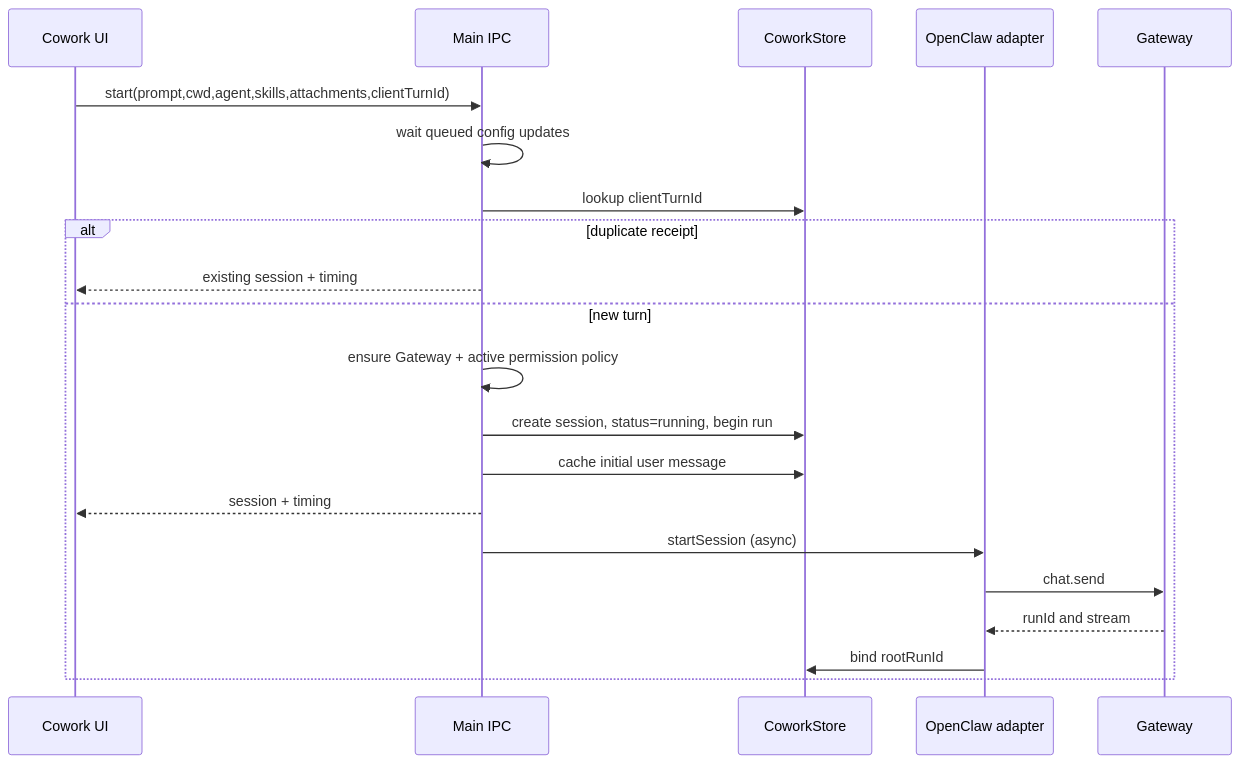
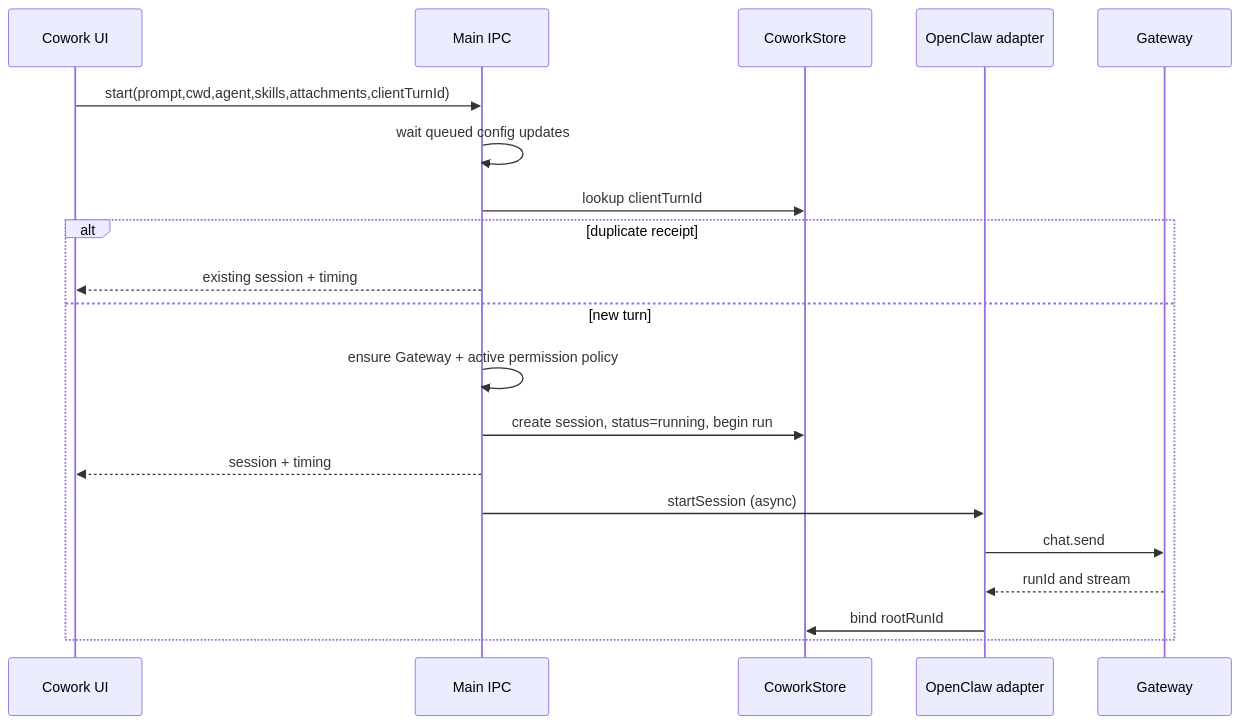
One commit to liangxhao/JustDo changed the first of 2 diagrams in docs/architecture/04-cowork-system.md. Above: the diagram before and after it, drawn with Mermaid. The commit also changed other lines of this file and 93 other files, not shown here.

````diff
--- a/docs/architecture/04-cowork-system.md
+++ b/docs/architecture/04-cowork-system.md
@@ -49,23 +49,22 @@
 ```mermaid
 sequenceDiagram
   participant UI as Cowork UI
   participant IPC as Main IPC
   participant DB as CoworkStore
   participant RT as OpenClaw adapter
   participant GW as Gateway
   UI->>IPC: start(prompt,cwd,agent,skills,attachments,clientTurnId)
   IPC->>IPC: wait queued config updates
   IPC->>DB: lookup clientTurnId
   alt duplicate receipt
     IPC-->>UI: existing session + timing
   else new turn
     IPC->>IPC: ensure Gateway + active permission policy
     IPC->>DB: create session, status=running, begin run
-    IPC->>DB: cache initial user message
     IPC-->>UI: session + timing
     IPC->>RT: startSession (async)
     RT->>GW: chat.send
     GW-->>RT: runId and stream
     RT->>DB: bind rootRunId
   end
 ```
````
